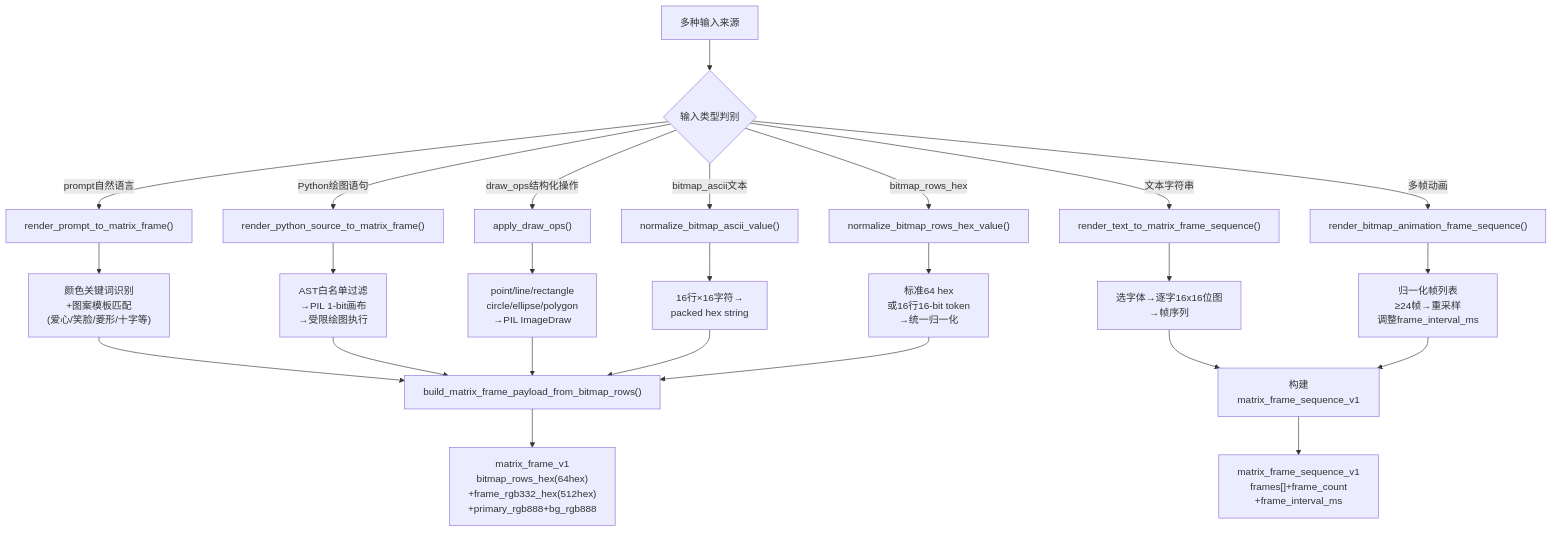
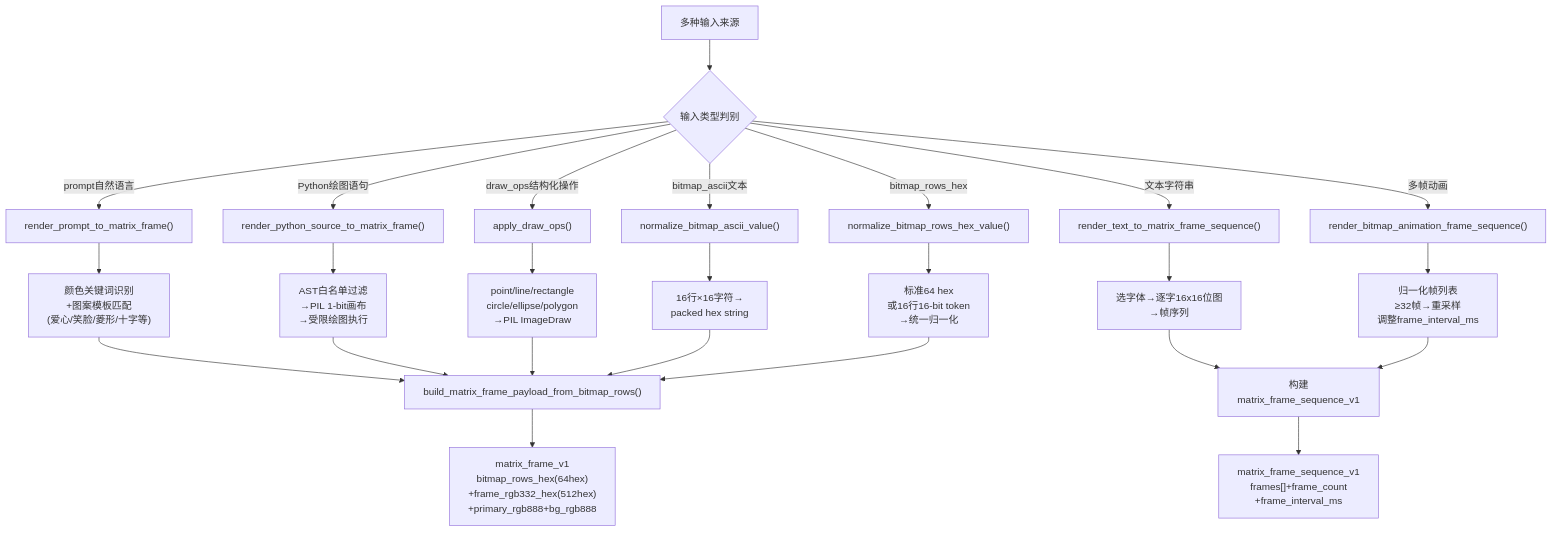
The second of 5 diagrams in Doc/毕业论文/local_drawing_scripts_architecture.md (N3SSS13D/GraduationProject), drawn with Mermaid before and after one commit. The commit also changed other lines of this file and 118 other files, not shown here.

````diff
--- a/Doc/毕业论文/local_drawing_scripts_architecture.md
+++ b/Doc/毕业论文/local_drawing_scripts_architecture.md
@@ -342,31 +342,31 @@
 ```mermaid
 flowchart TD
     INPUT["多种输入来源"] --> ROUTE{"输入类型判别"}
 
     ROUTE -->|"prompt自然语言"| PR["render_prompt_to_matrix_frame()"]
     ROUTE -->|"Python绘图语句"| PY["render_python_source_to_matrix_frame()"]
     ROUTE -->|"draw_ops结构化操作"| OPS["apply_draw_ops()"]
     ROUTE -->|"bitmap_ascii文本"| ASC["normalize_bitmap_ascii_value()"]
     ROUTE -->|"bitmap_rows_hex"| HEX["normalize_bitmap_rows_hex_value()"]
     ROUTE -->|"文本字符串"| TXT["render_text_to_matrix_frame_sequence()"]
     ROUTE -->|"多帧动画"| ANIM["render_bitmap_animation_frame_sequence()"]
 
     PR --> PR_DET["颜色关键词识别<br/>+图案模板匹配<br/>(爱心/笑脸/菱形/十字等)"]
     PY --> PY_DET["AST白名单过滤<br/>→PIL 1-bit画布<br/>→受限绘图执行"]
     OPS --> OPS_DET["point/line/rectangle<br/>circle/ellipse/polygon<br/>→PIL ImageDraw"]
     ASC --> ASC_DET["16行×16字符→<br/>packed hex string"]
     HEX --> HEX_DET["标准64 hex<br/>或16行16-bit token<br/>→统一归一化"]
     TXT --> TXT_DET["选字体→逐字16x16位图<br/>→帧序列"]
-    ANIM --> ANIM_DET["归一化帧列表<br/>≥24帧→重采样<br/>调整frame_interval_ms"]
+    ANIM --> ANIM_DET["归一化帧列表<br/>≥32帧→重采样<br/>调整frame_interval_ms"]
 
     PR_DET --> BUILD["build_matrix_frame_payload_from_bitmap_rows()"]
     PY_DET --> BUILD
     OPS_DET --> BUILD
     ASC_DET --> BUILD
     HEX_DET --> BUILD
     TXT_DET --> BUILD2["构建matrix_frame_sequence_v1"]
     ANIM_DET --> BUILD2
 
     BUILD --> SINGLE["matrix_frame_v1<br/>bitmap_rows_hex(64hex)<br/>+frame_rgb332_hex(512hex)<br/>+primary_rgb888+bg_rgb888"]
     BUILD2 --> SEQ["matrix_frame_sequence_v1<br/>frames[]+frame_count<br/>+frame_interval_ms"]
 ```
````
